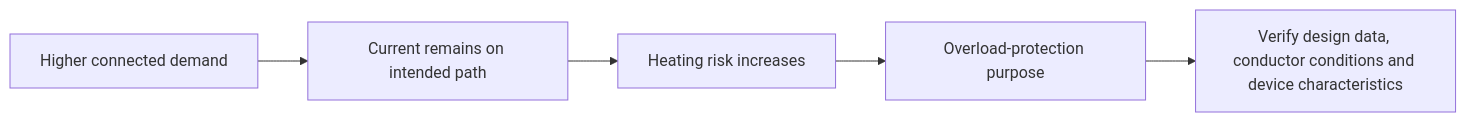
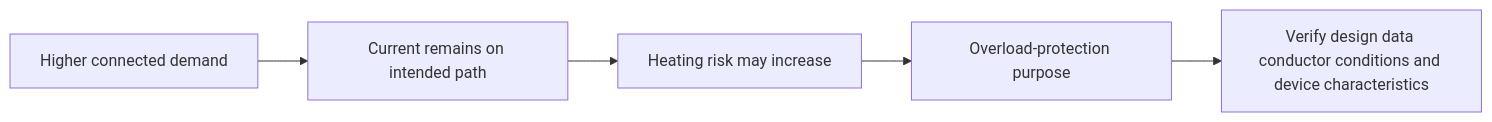
Before and after one commit to andrew3stedall/capstone: the second of 2 diagrams in docs/learning-plans/6-week/modules/day-03-fundamental-protection-concepts-and-fault-types.md, drawn with Mermaid. The commit also changed other lines of this file, not shown here.

````diff
--- a/docs/learning-plans/6-week/modules/day-03-fundamental-protection-concepts-and-fault-types.md
+++ b/docs/learning-plans/6-week/modules/day-03-fundamental-protection-concepts-and-fault-types.md
@@ -193,7 +231,7 @@
 ```mermaid
 flowchart LR
     A["Higher connected demand"] --> B["Current remains on intended path"]
-    B --> C["Heating risk increases"]
+    B --> C["Heating risk may increase"]
     C --> D["Overload-protection purpose"]
-    D --> E["Verify design data, conductor conditions and device characteristics"]
+    D --> E["Verify design data conductor conditions and device characteristics"]
 ```
````
